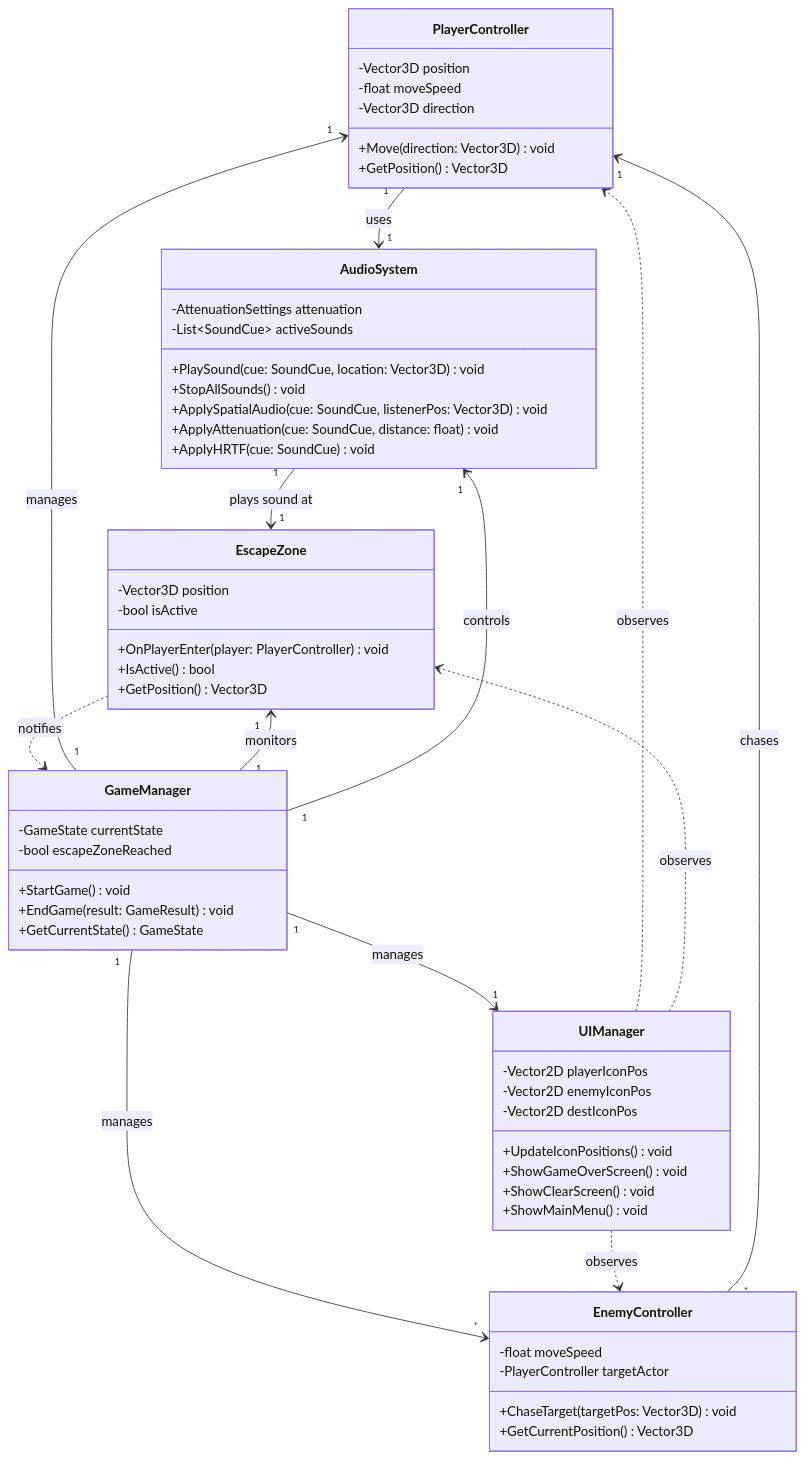
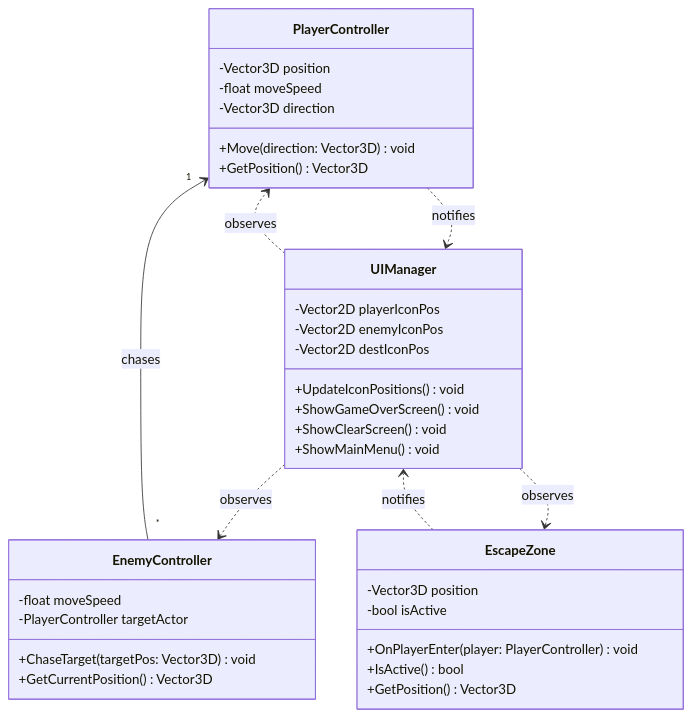
Before and after one commit to t153221/project1: the first of 10 diagrams in Design.md, drawn with Mermaid. The commit also changed other lines of this file, not shown here.

Commit message:
Remove unimplemented classes (AudioSystem, GameManager) from Design.md

````diff
--- a/Design.md
+++ b/Design.md
@@ -49,66 +47,42 @@
 ```mermaid
 classDiagram
     class PlayerController {
         -Vector3D position
         -float moveSpeed
         -Vector3D direction
         +Move(direction: Vector3D) void
         +GetPosition() Vector3D
     }
 
-    class AudioSystem {
-        -AttenuationSettings attenuation
-        -List~SoundCue~ activeSounds
-        +PlaySound(cue: SoundCue, location: Vector3D) void
-        +StopAllSounds() void
-        +ApplySpatialAudio(cue: SoundCue, listenerPos: Vector3D) void
-        +ApplyAttenuation(cue: SoundCue, distance: float) void
-        +ApplyHRTF(cue: SoundCue) void
-    }
-
     class EnemyController {
         -float moveSpeed
         -PlayerController targetActor
         +ChaseTarget(targetPos: Vector3D) void
         +GetCurrentPosition() Vector3D
-    }
-
-    class GameManager {
-        -GameState currentState
-        -bool escapeZoneReached
-        +StartGame() void
-        +EndGame(result: GameResult) void
-        +GetCurrentState() GameState
     }
 
     class EscapeZone {
         -Vector3D position
         -bool isActive
         +OnPlayerEnter(player: PlayerController) void
         +IsActive() bool
         +GetPosition() Vector3D
     }
 
     class UIManager {
         -Vector2D playerIconPos
         -Vector2D enemyIconPos
         -Vector2D destIconPos
         +UpdateIconPositions() void
         +ShowGameOverScreen() void
         +ShowClearScreen() void
         +ShowMainMenu() void
     }
 
-    PlayerController "1" --> "1" AudioSystem : uses
     EnemyController "*" --> "1" PlayerController : chases
-    AudioSystem "1" --> "1" EscapeZone : plays sound at
-    GameManager "1" --> "1" PlayerController : manages
-    GameManager "1" --> "*" EnemyController : manages
-    GameManager "1" --> "1" UIManager : manages
-    GameManager "1" --> "1" EscapeZone : monitors
-    GameManager "1" --> "1" AudioSystem : controls
+    PlayerController ..> UIManager : notifies
+    EscapeZone ..> UIManager : notifies
     UIManager ..> PlayerController : observes
     UIManager ..> EnemyController : observes
     UIManager ..> EscapeZone : observes
-    EscapeZone ..> GameManager : notifies
 ```
````
